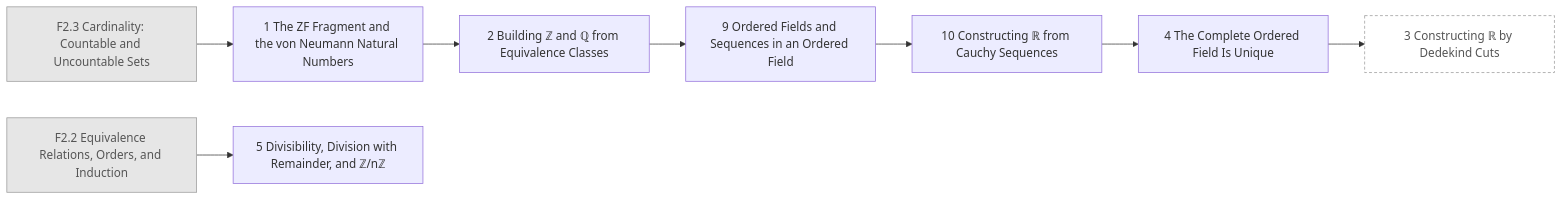
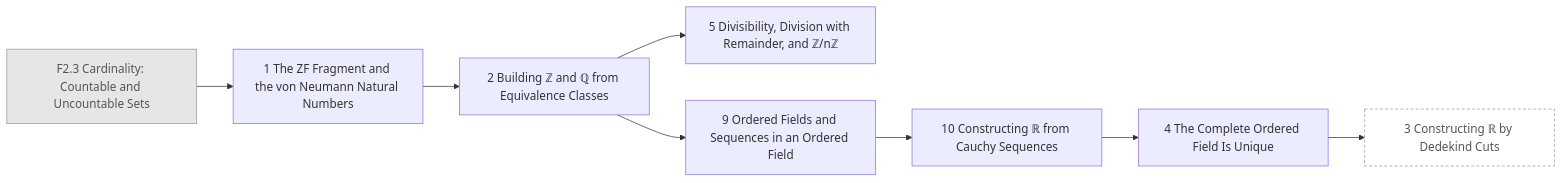
Before and after one commit to AkizumiFox/math-atlas: the diagram in generated/chapters/F3.mmd, drawn with Mermaid. The commit also changed 4 other files, not shown here.

```diff
--- a/generated/chapters/F3.mmd
+++ b/generated/chapters/F3.mmd
@@ -1,20 +1,19 @@
 flowchart LR
-  F2_2["F2.2 Equivalence Relations, Orders, and Induction"]:::ext
   F2_3["F2.3 Cardinality: Countable and Uncountable Sets"]:::ext
   F3_1["1 The ZF Fragment and the von Neumann Natural Numbers"]
   F3_2["2 Building ℤ and ℚ from Equivalence Classes"]
   F3_5["5 Divisibility, Division with Remainder, and ℤ/nℤ"]
   F3_9["9 Ordered Fields and Sequences in an Ordered Field"]
   F3_10["10 Constructing ℝ from Cauchy Sequences"]
   F3_4["4 The Complete Ordered Field Is Unique"]
   F3_3["3 Constructing ℝ by Dedekind Cuts"]:::opt
   F2_3 --> F3_1
   F3_1 --> F3_2
-  F2_2 --> F3_5
+  F3_2 --> F3_5
   F3_2 --> F3_9
   F3_9 --> F3_10
   F3_10 --> F3_4
   F3_4 --> F3_3
   classDef ext fill:#e6e6e6,stroke:#999,color:#555
   classDef opt fill:#fff,stroke:#999,stroke-dasharray:4 3,color:#555
   classDef segb fill:#f6f6fb,stroke:#99a,color:#333
```
